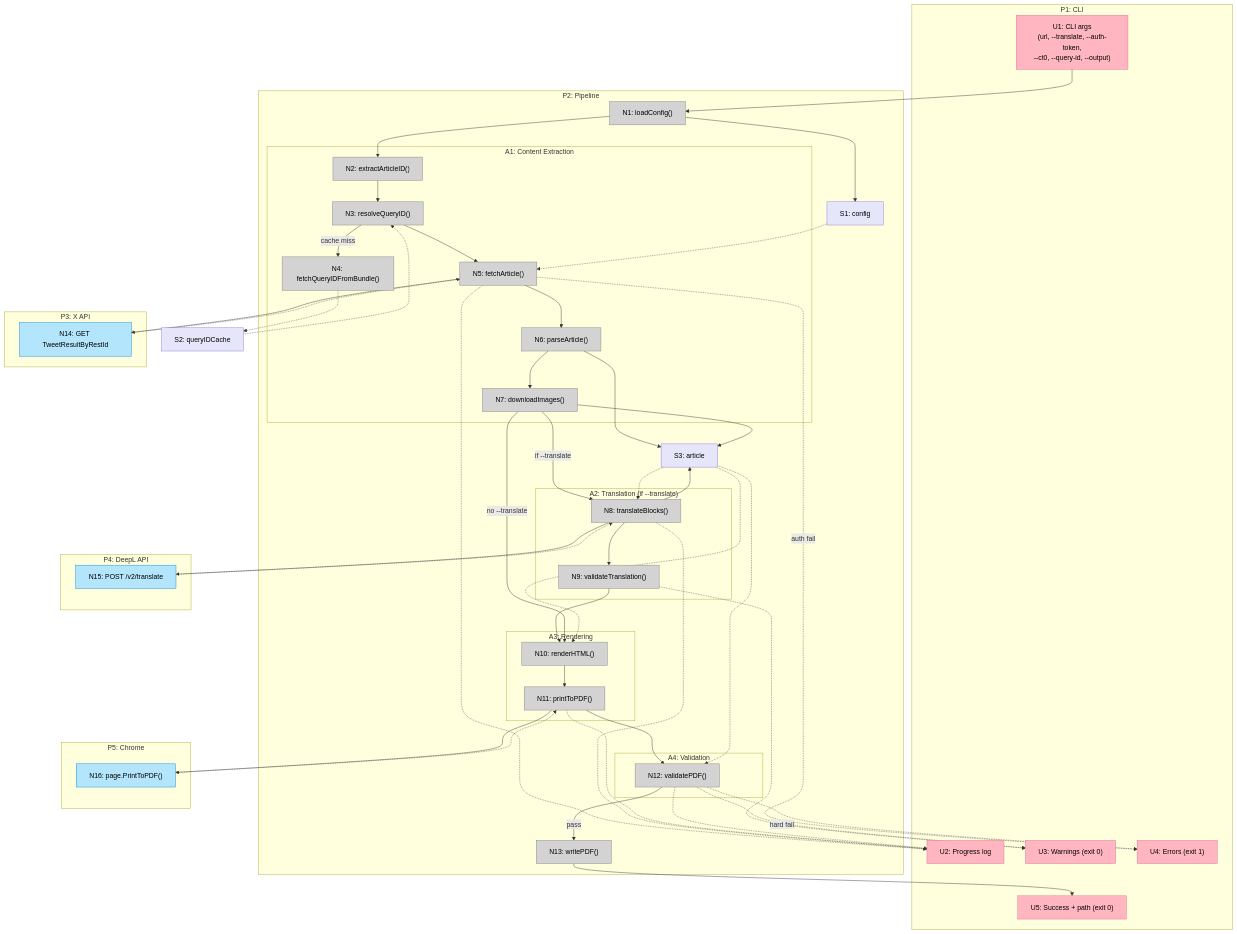
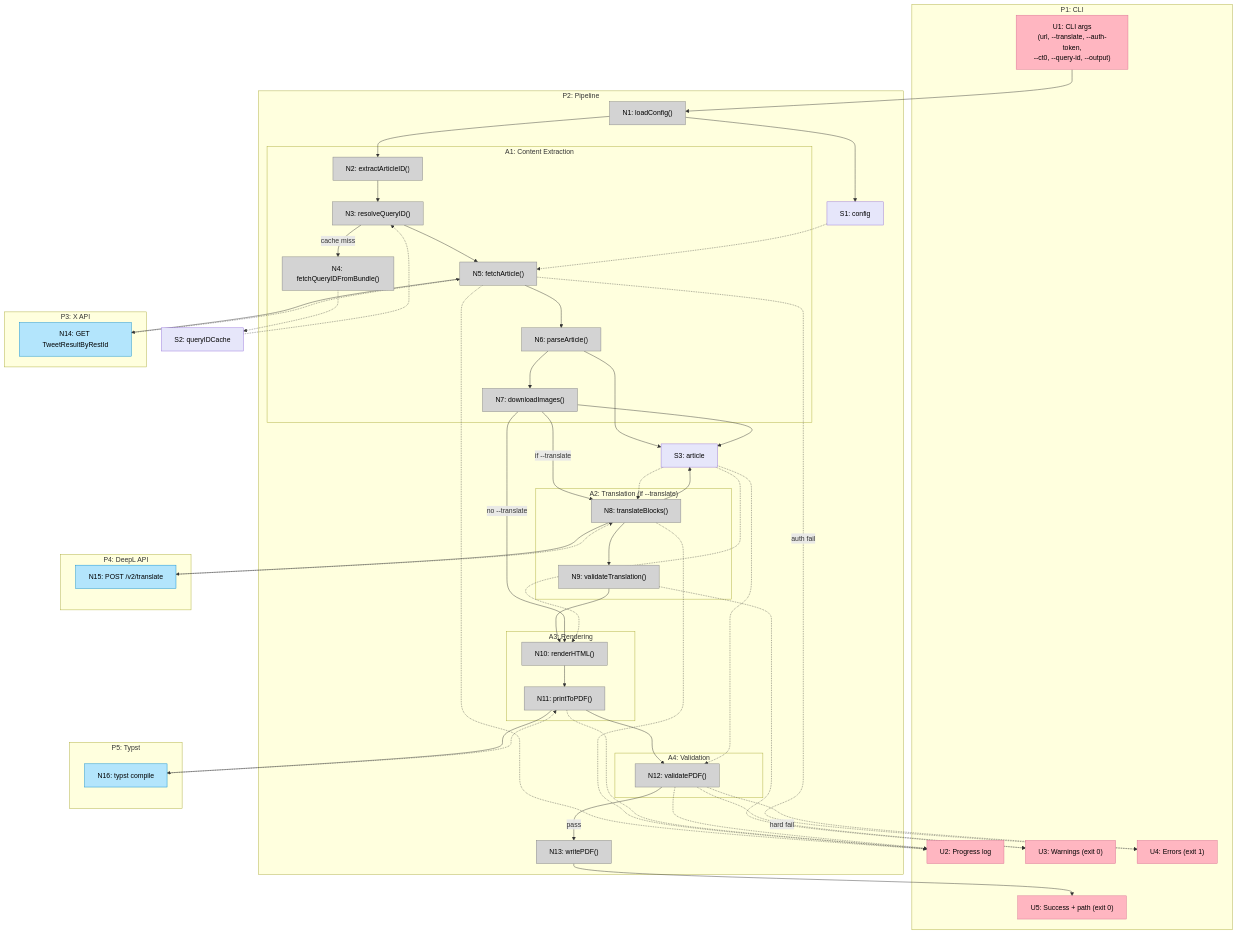
One commit to charlessuo/x-article-exporter changed the diagram in shaping/breadboard.md. Above: the diagram before and after it, drawn with Mermaid. The commit also changed other lines of this file and 3 other files, not shown here.

```diff
--- a/shaping/breadboard.md
+++ b/shaping/breadboard.md
@@ -118,8 +118,8 @@
         N15["N15: POST /v2/translate"]
     end
 
-    subgraph P5["P5: Chrome"]
-        N16["N16: page.PrintToPDF()"]
+    subgraph P5["P5: Typst"]
+        N16["N16: typst compile"]
     end
 
     %% Entry
```
